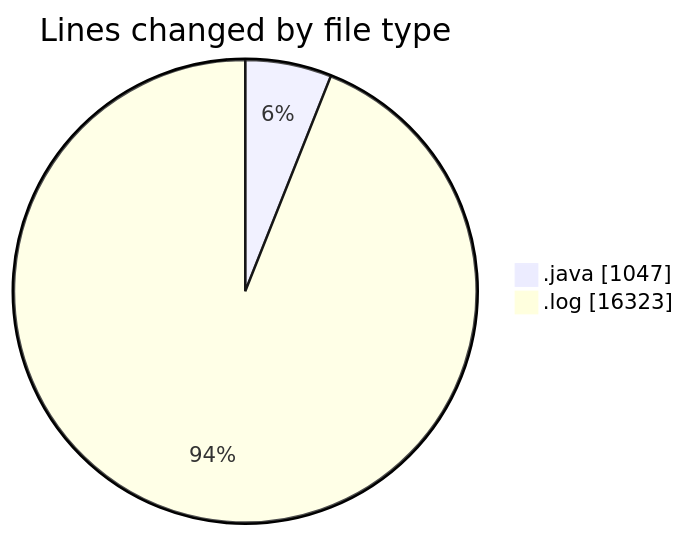
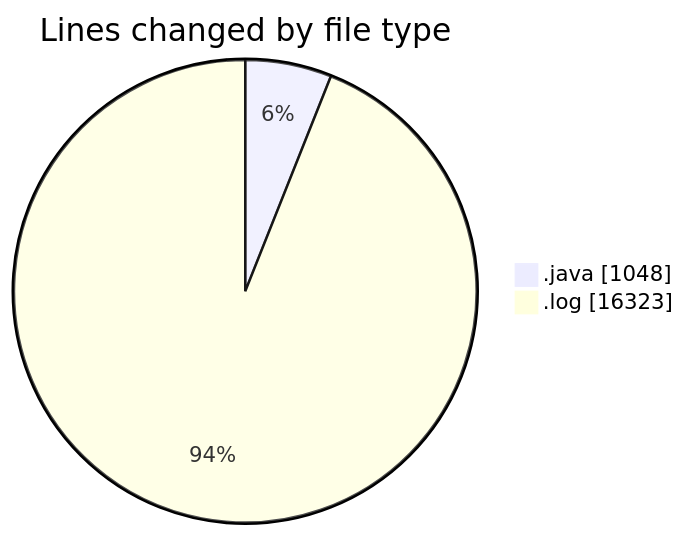
The first of 2 diagrams in 2026-04-07/cilapp/README.md (ricardozamudiocil/code-tracking), drawn with Mermaid before and after one commit. The commit also changed other lines of this file and 1 other file, not shown here.

````diff
--- a/2026-04-07/cilapp/README.md
+++ b/2026-04-07/cilapp/README.md
@@ -23,6 +23,6 @@
 ```mermaid
 pie showData
 title Lines changed by file type
-".java" : 1047
+".java" : 1048
 ".log" : 16323
 ```
````
